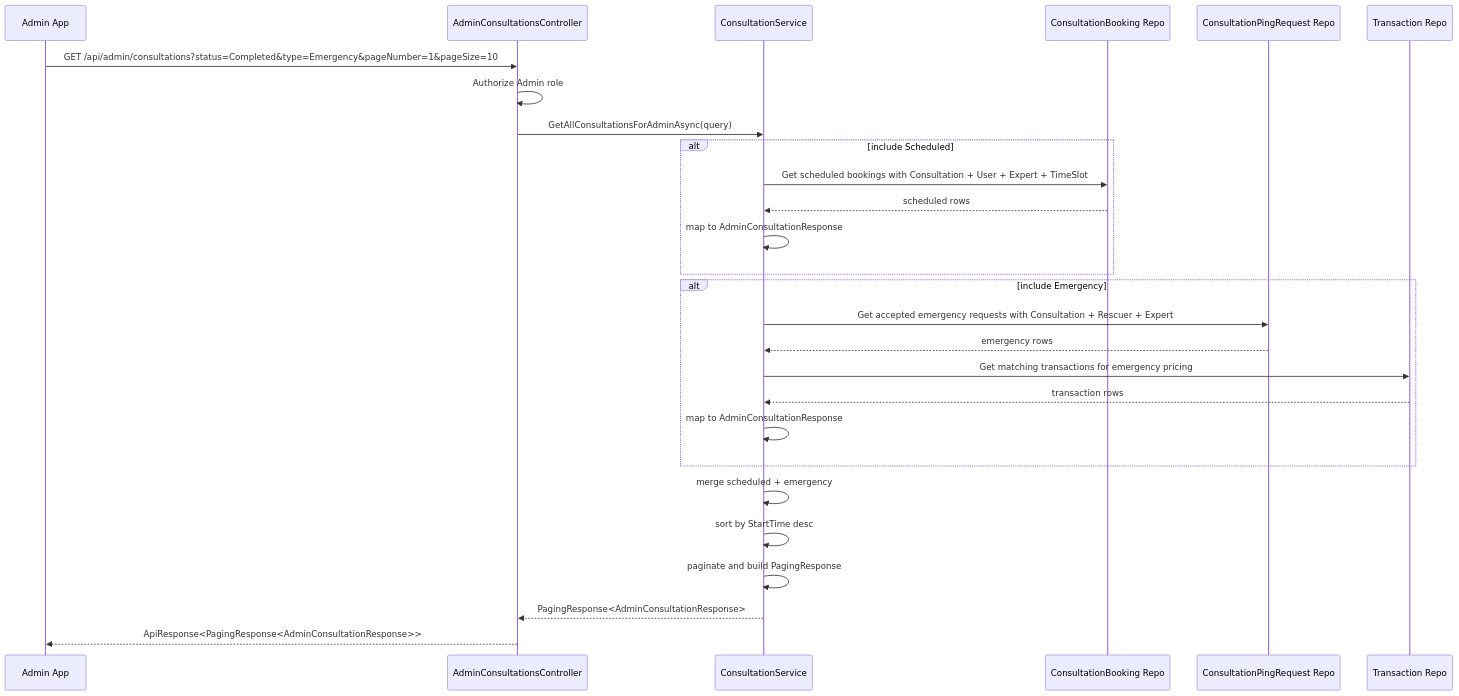
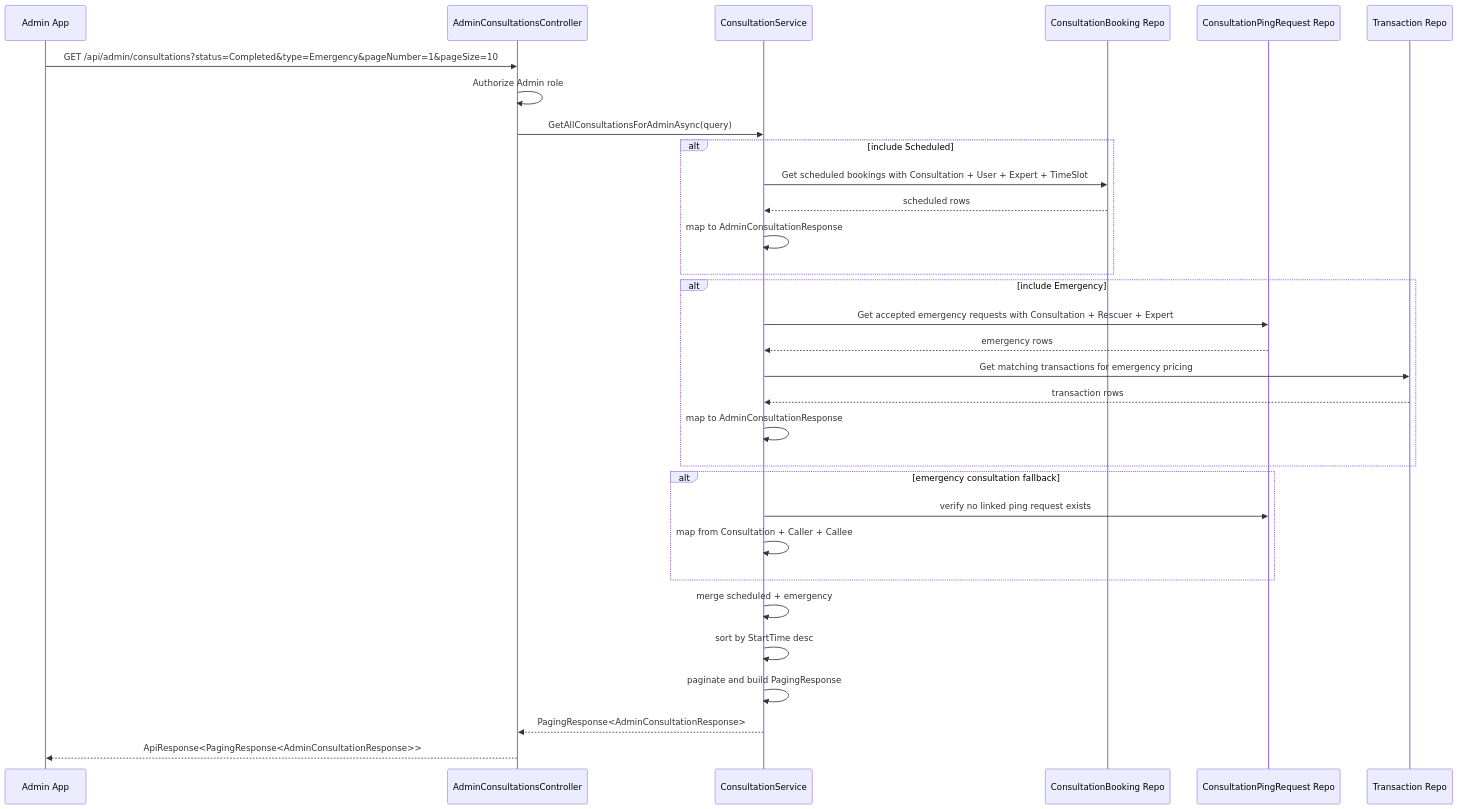
One commit to Snake-AID/SnakeAid.Docs changed the second of 2 diagrams in Docs/05-Backend/02-layers/admin-consultation-history/admin-consultation-history.sourcecode.md. Above: the diagram before and after it, drawn with Mermaid. The commit also changed other lines of this file and 2 other files, not shown here.

Commit message:
docs(admin-consultation-history): enhance admin history documentation with booking/ping-first logic and fallback handling

````diff
--- a/Docs/05-Backend/02-layers/admin-consultation-history/admin-consultation-history.sourcecode.md
+++ b/Docs/05-Backend/02-layers/admin-consultation-history/admin-consultation-history.sourcecode.md
@@ -133,33 +133,38 @@
 ```mermaid
 sequenceDiagram
     participant AdminApp as Admin App
     participant Controller as AdminConsultationsController
     participant Service as ConsultationService
     participant BookingRepo as ConsultationBooking Repo
     participant PingRepo as ConsultationPingRequest Repo
     participant TxRepo as Transaction Repo
 
     AdminApp->>Controller: GET /api/admin/consultations?status=Completed&type=Emergency&pageNumber=1&pageSize=10
     Controller->>Controller: Authorize Admin role
     Controller->>Service: GetAllConsultationsForAdminAsync(query)
 
     alt include Scheduled
         Service->>BookingRepo: Get scheduled bookings with Consultation + User + Expert + TimeSlot
         BookingRepo-->>Service: scheduled rows
         Service->>Service: map to AdminConsultationResponse
     end
 
     alt include Emergency
         Service->>PingRepo: Get accepted emergency requests with Consultation + Rescuer + Expert
         PingRepo-->>Service: emergency rows
         Service->>TxRepo: Get matching transactions for emergency pricing
         TxRepo-->>Service: transaction rows
         Service->>Service: map to AdminConsultationResponse
     end
 
+    alt emergency consultation fallback
+        Service->>PingRepo: verify no linked ping request exists
+        Service->>Service: map from Consultation + Caller + Callee
+    end
+
     Service->>Service: merge scheduled + emergency
     Service->>Service: sort by StartTime desc
     Service->>Service: paginate and build PagingResponse
     Service-->>Controller: PagingResponse<AdminConsultationResponse>
     Controller-->>AdminApp: ApiResponse<PagingResponse<AdminConsultationResponse>>
 ```
````
